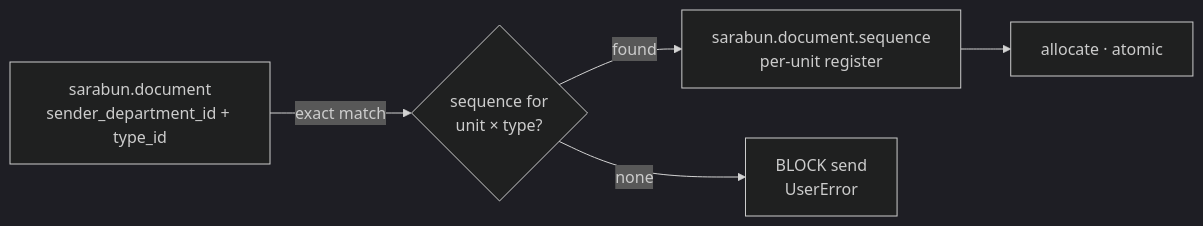
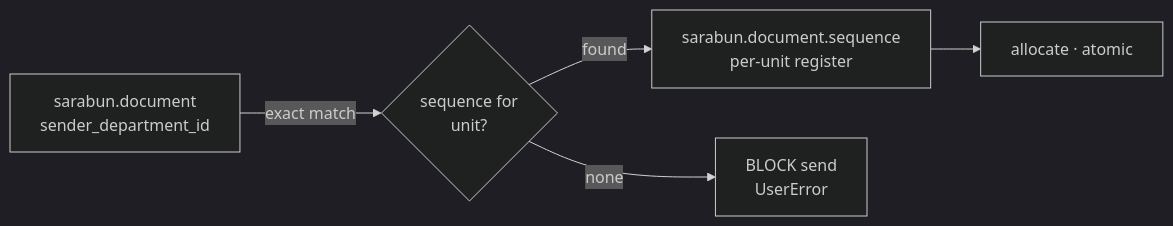
The fourth of 8 diagrams in agx_sarabun/DESIGN.md (Aginix/kmitl), drawn with Mermaid (dark theme) before and after one commit. The commit also changed other lines of this file and 7 other files, not shown here.

````diff
--- a/agx_sarabun/DESIGN.md
+++ b/agx_sarabun/DESIGN.md
@@ -777,7 +777,7 @@
 ```mermaid
 flowchart LR
-    D[sarabun.document<br/>sender_department_id + type_id] -->|exact match| Q{sequence for<br/>unit × type?}
+    D[sarabun.document<br/>sender_department_id] -->|exact match| Q{sequence for<br/>unit?}
     Q -->|found| S[sarabun.document.sequence<br/>per-unit register]
     Q -->|none| B[BLOCK send<br/>UserError]
     S --> A[allocate · atomic]
 ```
````
